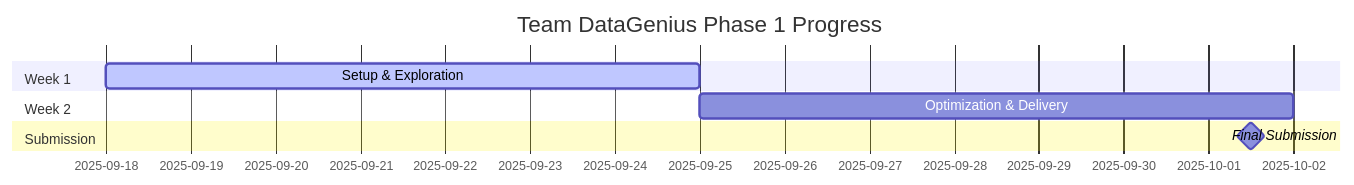
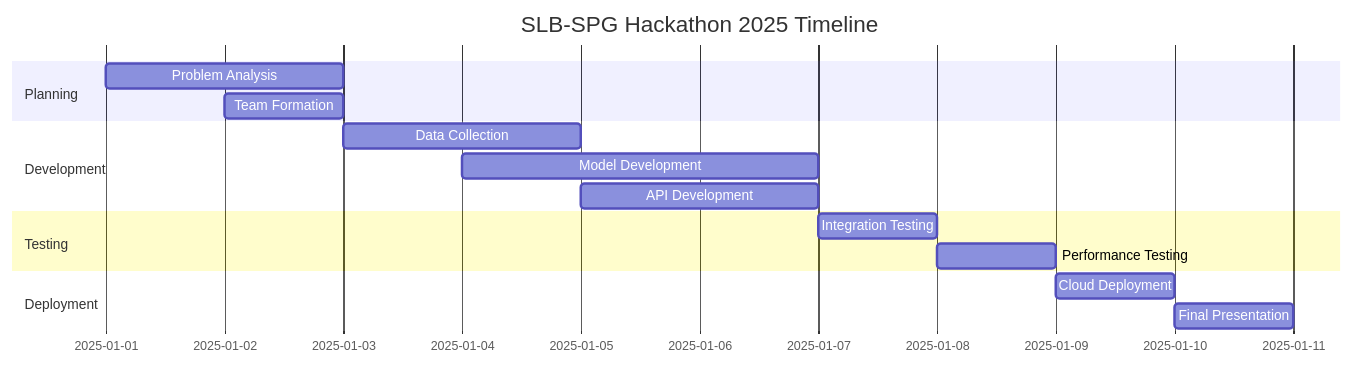
Before and after one commit to Ashraf-ISM/SPG-HACKATHON-2025: the diagram in README.md, drawn with Mermaid. The commit also changed other lines of this file, not shown here.

````diff
--- a/README.md
+++ b/README.md
@@ -434,11 +211,18 @@
 ```mermaid
 gantt
-    title Team DataGenius Phase 1 Progress
+    title SLB-SPG Hackathon 2025 Timeline
     dateFormat  YYYY-MM-DD
-    section Week 1
-    Setup & Exploration    :active, week1, 2025-09-18, 7d
-    section Week 2  
-    Optimization & Delivery :week2, 2025-09-25, 7d
-    section Submission
-    Final Submission       :milestone, submit, 2025-10-01, 1d
+    section Planning
+    Problem Analysis    :2025-01-01, 2d
+    Team Formation     :2025-01-02, 1d
+    section Development
+    Data Collection    :2025-01-03, 2d
+    Model Development  :2025-01-04, 3d
+    API Development    :2025-01-05, 2d
+    section Testing
+    Integration Testing :2025-01-07, 1d
+    Performance Testing :2025-01-08, 1d
+    section Deployment
+    Cloud Deployment   :2025-01-09, 1d
+    Final Presentation :2025-01-10, 1d
 ```
````
